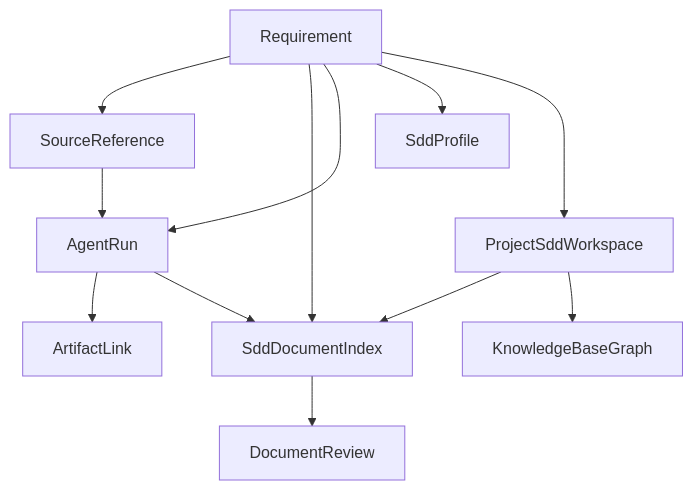
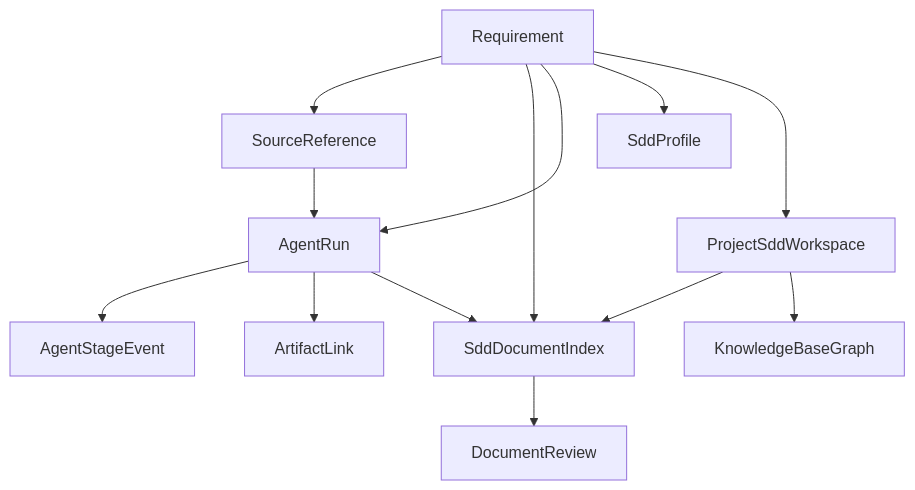
One commit to wwa-lab/Agentic-SDLC-Control-Tower changed the diagram in docs/04-architecture/requirement-control-plane-data-model.md. Above: the diagram before and after it, drawn with Mermaid. The commit also changed other lines of this file and 28 other files, not shown here.

````diff
--- a/docs/04-architecture/requirement-control-plane-data-model.md
+++ b/docs/04-architecture/requirement-control-plane-data-model.md
@@ -10,24 +10,26 @@
 ```mermaid
 graph TD
     REQ["Requirement"]
     SRC["SourceReference"]
     DOC["SddDocumentIndex"]
     REV["DocumentReview"]
     RUN["AgentRun"]
+    EVT["AgentStageEvent"]
     ART["ArtifactLink"]
     PROF["SddProfile"]
     WS["ProjectSddWorkspace"]
     KG["KnowledgeBaseGraph"]
 
     REQ --> SRC
     REQ --> DOC
     REQ --> RUN
     REQ --> PROF
     REQ --> WS
     WS --> DOC
     WS --> KG
     DOC --> REV
+    RUN --> EVT
     RUN --> ART
     RUN --> DOC
     SRC --> RUN
 ```
````
